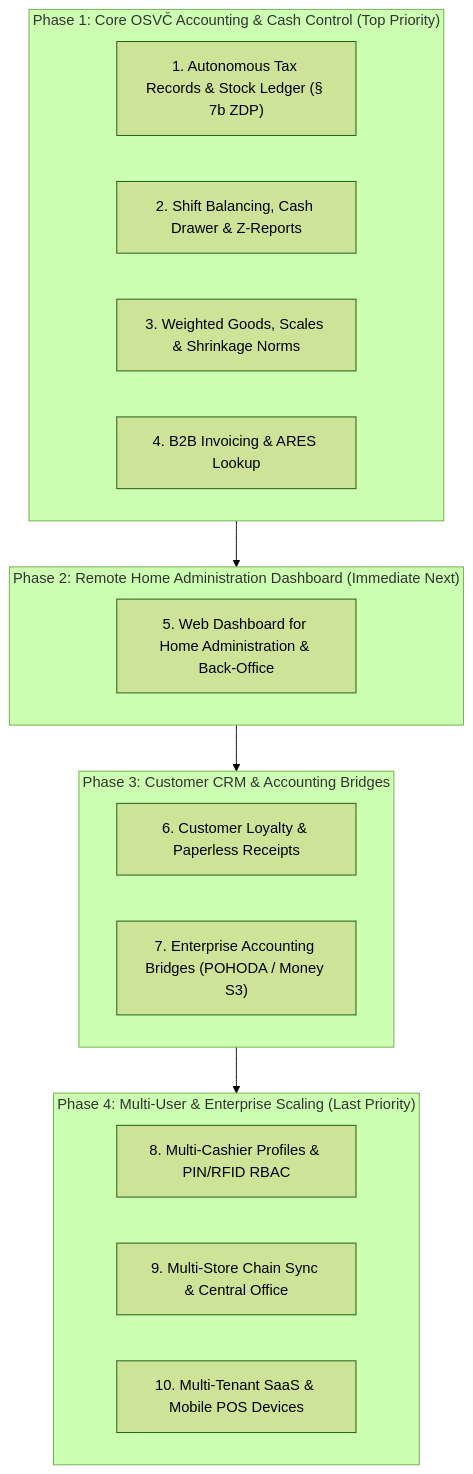
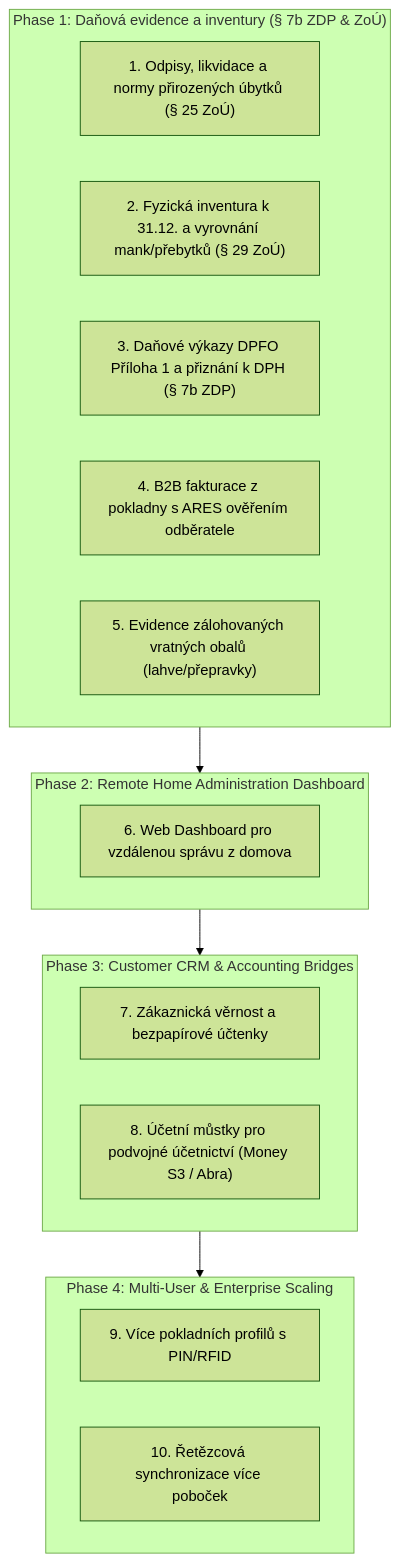
Before and after one commit to MichalKhoa/pos-project: the second of 2 diagrams in docs/ROADMAP.md, drawn with Mermaid (forest theme). The commit also changed other lines of this file, not shown here.

Commit message:
docs(roadmap): prioritize weighted items and VAP

````diff
--- a/docs/ROADMAP.md
+++ b/docs/ROADMAP.md
@@ -130,28 +80,28 @@
 ```mermaid
 flowchart TD
-    subgraph Phase1["Phase 1: Core OSVČ Accounting & Cash Control (Top Priority)"]
-        P1["1. Autonomous Tax Records & Stock Ledger (§ 7b ZDP)"]
-        P2["2. Shift Balancing, Cash Drawer & Z-Reports"]
-        P3["3. Weighted Goods, Scales & Shrinkage Norms"]
-        P4["4. B2B Invoicing & ARES Lookup"]
+    subgraph Phase1["Phase 1: Daňová evidence a inventury (§ 7b ZDP & ZoÚ)"]
+        P1["1. Odpisy, likvidace a normy přirozených úbytků (§ 25 ZoÚ)"]
+        P2["2. Fyzická inventura k 31.12. a vyrovnání mank/přebytků (§ 29 ZoÚ)"]
+        P3["3. Daňové výkazy DPFO Příloha 1 a přiznání k DPH (§ 7b ZDP)"]
+        P4["4. B2B fakturace z pokladny s ARES ověřením odběratele"]
+        P5["5. Evidence zálohovaných vratných obalů (lahve/přepravky)"]
     end
 
-    subgraph Phase2["Phase 2: Remote Home Administration Dashboard (Immediate Next)"]
-        P5["5. Web Dashboard for Home Administration & Back-Office"]
+    subgraph Phase2["Phase 2: Remote Home Administration Dashboard"]
+        P6["6. Web Dashboard pro vzdálenou správu z domova"]
     end
 
     subgraph Phase3["Phase 3: Customer CRM & Accounting Bridges"]
-        P6["6. Customer Loyalty & Paperless Receipts"]
-        P7["7. Enterprise Accounting Bridges (POHODA / Money S3)"]
+        P7["7. Zákaznická věrnost a bezpapírové účtenky"]
+        P8["8. Účetní můstky pro podvojné účetnictví (Money S3 / Abra)"]
     end
 
-    subgraph Phase4["Phase 4: Multi-User & Enterprise Scaling (Last Priority)"]
-        P8["8. Multi-Cashier Profiles & PIN/RFID RBAC"]
-        P9["9. Multi-Store Chain Sync & Central Office"]
-        P10["10. Multi-Tenant SaaS & Mobile POS Devices"]
+    subgraph Phase4["Phase 4: Multi-User & Enterprise Scaling"]
+        P9["9. Více pokladních profilů s PIN/RFID"]
+        P10["10. Řetězcová synchronizace více poboček"]
     end
 
     Phase1 --> Phase2
     Phase2 --> Phase3
     Phase3 --> Phase4
 ```
````
